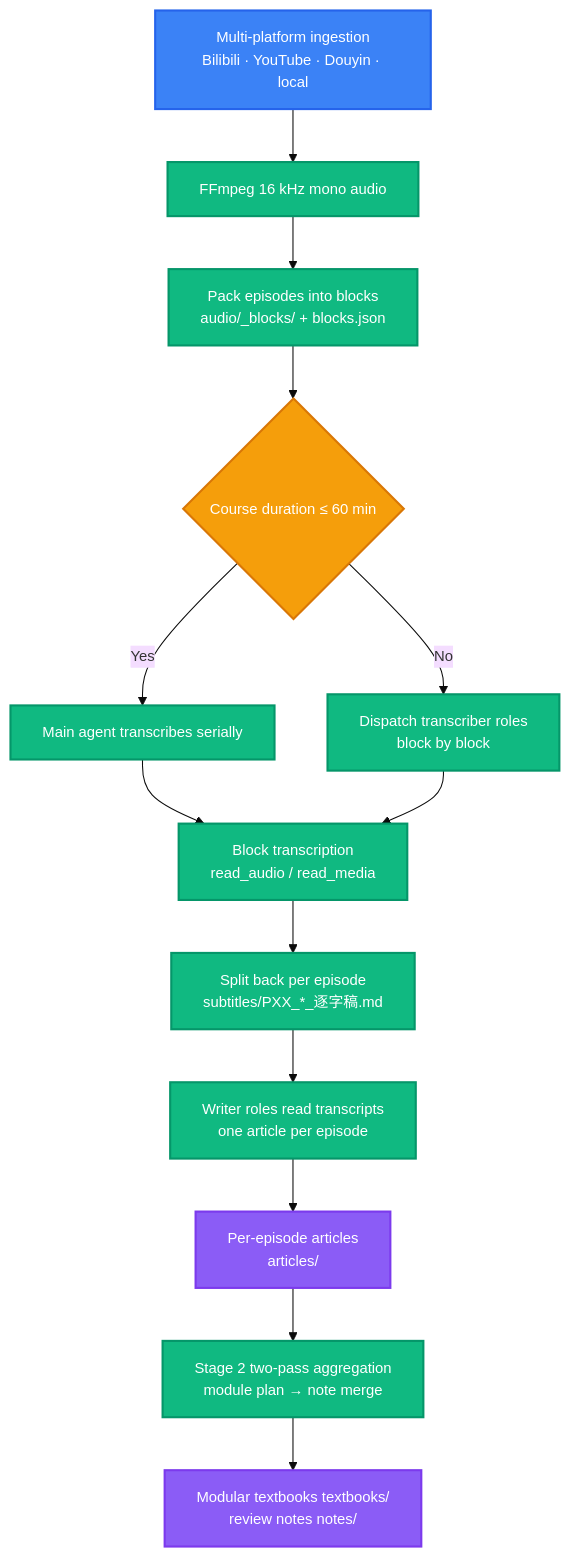
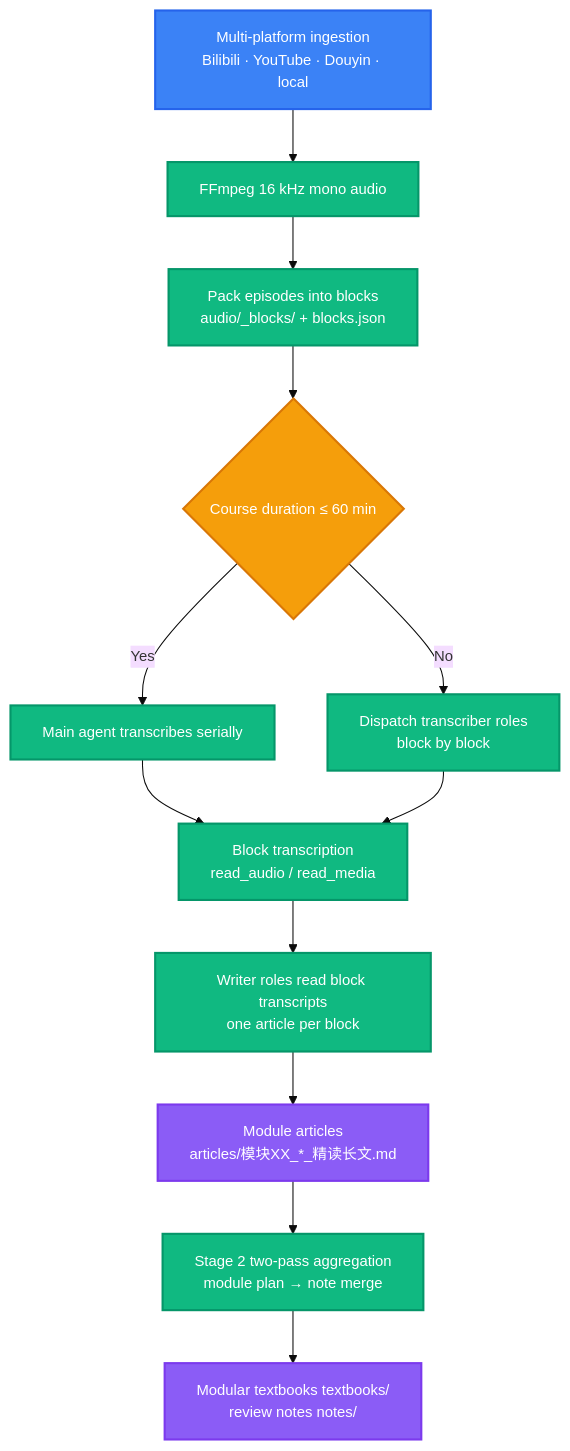
One commit to LINJIANG12/video2book changed the diagram in README.en.md. Above: the diagram before and after it, drawn with Mermaid. The commit also changed other lines of this file and 12 other files, not shown here.

````diff
--- a/README.en.md
+++ b/README.en.md
@@ -166,26 +166,25 @@
 ```mermaid
 %%{init: {'theme': 'base', 'themeVariables': {'fontSize': '14px'}}}%%
 flowchart TD
     A[Multi-platform ingestion<br/>Bilibili · YouTube · Douyin · local] --> B[FFmpeg 16 kHz mono audio]
     B --> M[Pack episodes into blocks<br/>audio/_blocks/ + blocks.json]
     M --> C{Course duration ≤ 60 min}
     C -->|Yes| D[Main agent transcribes serially]
     C -->|No| E[Dispatch transcriber roles<br/>block by block]
     D --> F[Block transcription<br/>read_audio / read_media]
     E --> F
-    F --> S[Split back per episode<br/>subtitles/PXX_*_逐字稿.md]
-    S --> W[Writer roles read transcripts<br/>one article per episode]
-    W --> G[Per-episode articles<br/>articles/]
+    F --> W[Writer roles read block transcripts<br/>one article per block]
+    W --> G[Module articles<br/>articles/模块XX_*_精读长文.md]
     G --> H[Stage 2 two-pass aggregation<br/>module plan → note merge]
     H --> I[Modular textbooks textbooks/<br/>review notes notes/]
 
     classDef start fill:#3B82F6,stroke:#2563EB,color:#fff,stroke-width:2px
     classDef process fill:#10B981,stroke:#059669,color:#fff,stroke-width:2px
     classDef decision fill:#F59E0B,stroke:#D97706,color:#fff,stroke-width:2px
     classDef data fill:#8B5CF6,stroke:#7C3AED,color:#fff,stroke-width:2px
 
     class A start
     class B,M,D,E,F,S,W,H process
     class C decision
     class G,I data
 ```
````
